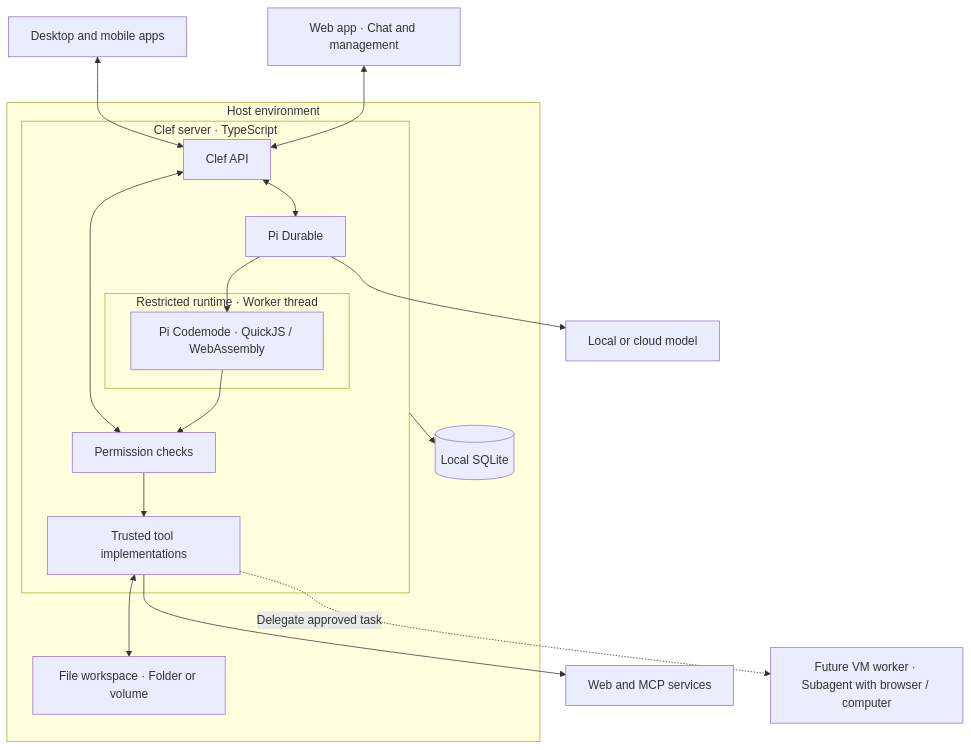
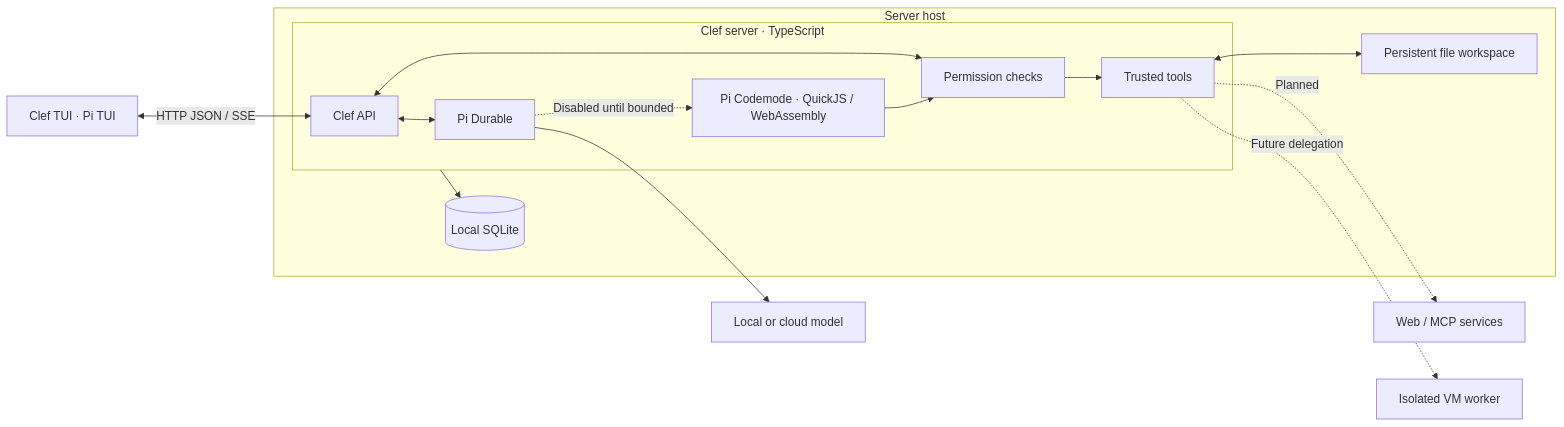
The first of 2 diagrams in ARCHITECTURE.md (davidhariri/clef), drawn with Mermaid before and after one commit. The commit also changed other lines of this file and 136 other files, not shown here.

First line of the commit message:
Replace web client with persistent Pi-based terminal chat

````diff
--- a/ARCHITECTURE.md
+++ b/ARCHITECTURE.md
@@ -5,30 +5,18 @@
 ```mermaid
-flowchart TB
-    apps["Desktop and mobile apps"] <--> api
-    web["Web app · Chat and management"] <--> api
-
-    subgraph host["Host environment"]
+flowchart LR
+    tui["Clef TUI · Pi TUI"] <-->|"HTTP JSON / SSE"| api
+    subgraph host["Server host"]
         subgraph server["Clef server · TypeScript"]
-            api["Clef API"]
-            agent["Pi Durable"]
-            subgraph sandbox["Restricted runtime · Worker thread"]
-                code["Pi Codemode · QuickJS / WebAssembly"]
-            end
-            permissions["Permission checks"]
-            tools["Trusted tool implementations"]
-            api <--> agent
-            api <--> permissions
-            agent --> code
+            api["Clef API"] <--> agent["Pi Durable"]
+            api <--> permissions["Permission checks"]
+            agent -. "Disabled until bounded" .-> code["Pi Codemode · QuickJS / WebAssembly"]
             code --> permissions
-            permissions --> tools
+            permissions --> tools["Trusted tools"]
         end
-        database[("Local SQLite")]
-        files["File workspace · Folder or volume"]
-        server --> database
-        tools <--> files
+        server --> database[("Local SQLite")]
+        tools <--> files["Persistent file workspace"]
     end
-
     agent --> models["Local or cloud model"]
-    tools --> services["Web and MCP services"]
-    tools -. "Delegate approved task" .-> vm["Future VM worker · Subagent with browser / computer"]
+    tools -. "Planned" .-> services["Web / MCP services"]
+    tools -. "Future delegation" .-> vm["Isolated VM worker"]
 ```
````
